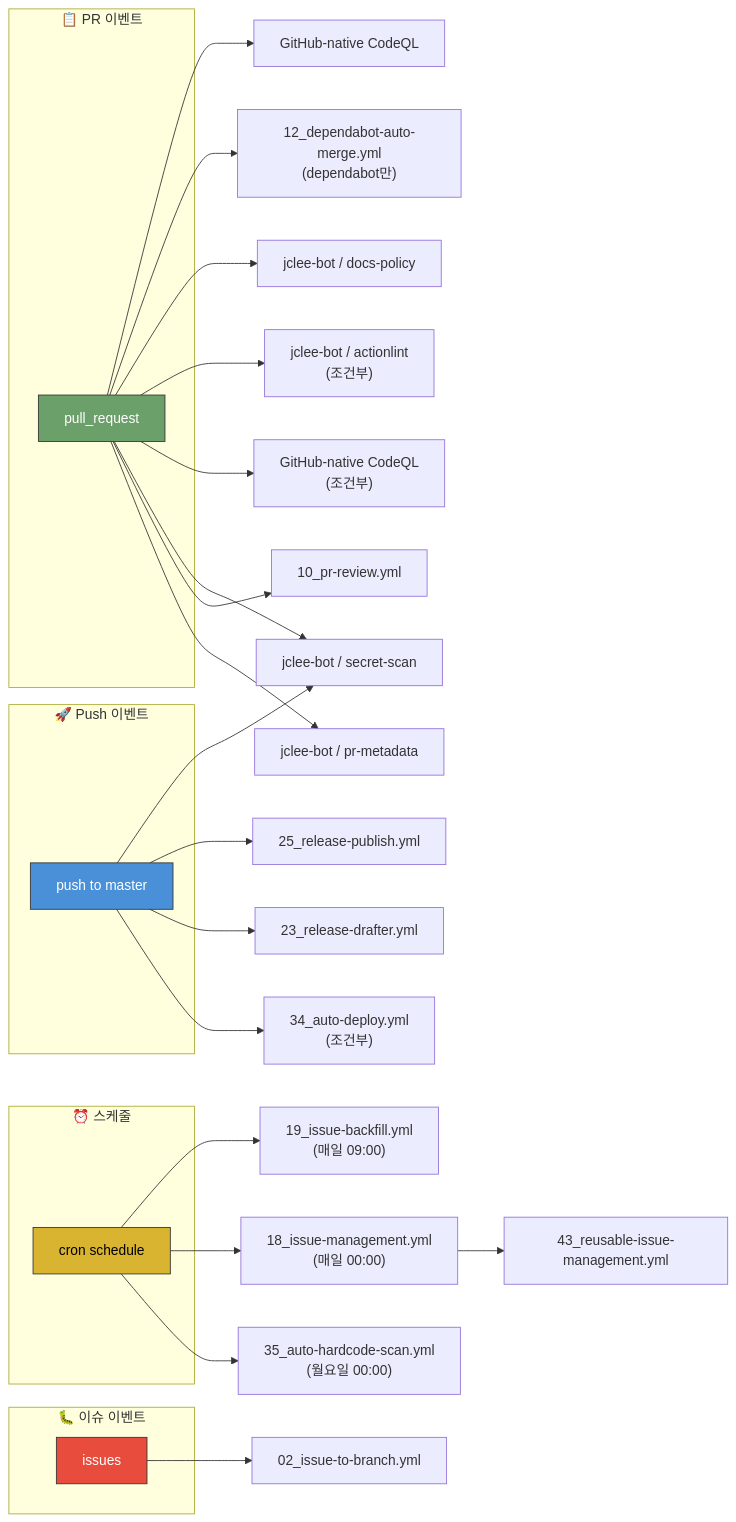
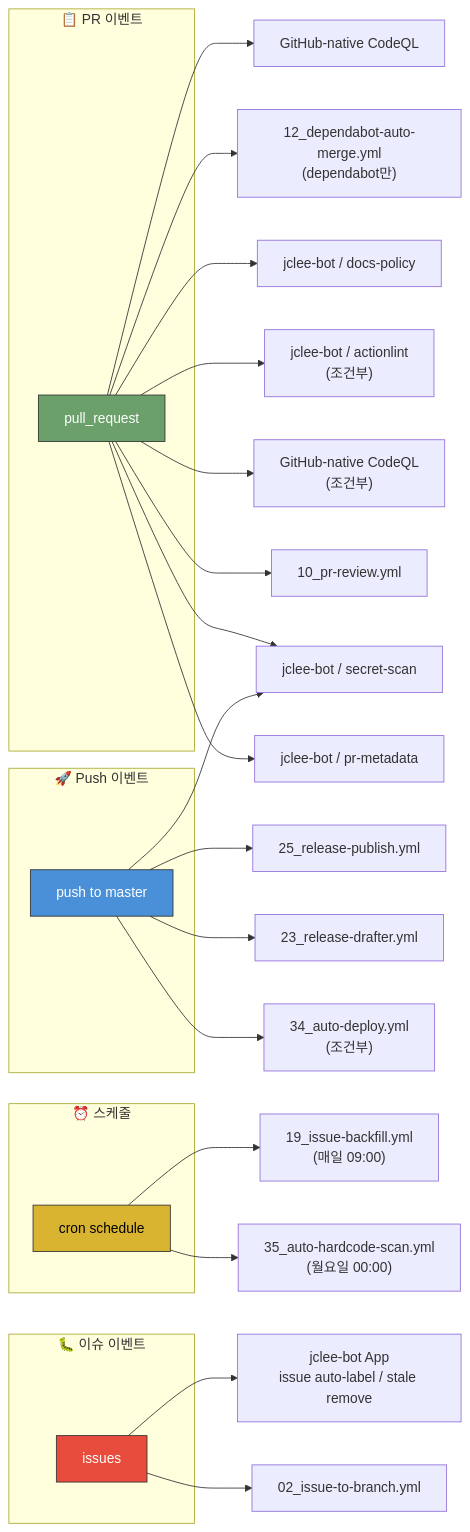
The seventh of 10 diagrams in docs/architecture.md (jclee941/.github), drawn with Mermaid before and after one commit. The commit also changed other lines of this file and 8 other files, not shown here.

Commit message:
feat(app): migrate issue management to jclee-bot

````diff
--- a/docs/architecture.md
+++ b/docs/architecture.md
@@ -307,45 +306,43 @@
 ```mermaid
 flowchart LR
     subgraph PR_Events["📋 PR 이벤트"]
         PR["pull_request"]
     end
     
     subgraph Push_Events["🚀 Push 이벤트"]
         PUSH["push to master"]
     end
     
     subgraph Schedule_Events["⏰ 스케줄"]
         CRON["cron schedule"]
     end
     
     subgraph Issue_Events["🐛 이슈 이벤트"]
         ISSUE["issues"]
     end
     
     PR --> PR_CHECK["jclee-bot / pr-metadata"]
     PR --> PR_REVIEW["10_pr-review.yml"]
     PR --> GITLEAKS["jclee-bot / secret-scan"]
     PR --> CODEQL["GitHub-native CodeQL<br/>(조건부)"]
     PR --> ACTIONLINT["jclee-bot / actionlint<br/>(조건부)"]
     PR --> DOCS["jclee-bot / docs-policy"]
     PR --> DEPENDABOT["12_dependabot-auto-merge.yml<br/>(dependabot만)"]
     
     PUSH --> AUTO_DEPLOY["34_auto-deploy.yml<br/>(조건부)"]
     PUSH --> RELEASE_D["23_release-drafter.yml"]
     PUSH --> RELEASE_P["25_release-publish.yml"]
     PUSH --> GITLEAKS
     
     CRON --> HARDSCAN["35_auto-hardcode-scan.yml<br/>(월요일 00:00)"]
-    CRON --> ISSUE_MGMT["18_issue-management.yml<br/>(매일 00:00)"]
     CRON --> ISSUE_BACK["19_issue-backfill.yml<br/>(매일 09:00)"]
     PR --> CODEQL_S["GitHub-native CodeQL"]
     
     ISSUE --> ISSUE_BRANCH["02_issue-to-branch.yml"]
-    
-    ISSUE_MGMT --> REUSABLE3["43_reusable-issue-management.yml"]
+    ISSUE --> ISSUE_MGMT["jclee-bot App<br/>issue auto-label / stale remove"]
     
     style PR fill:#6ba06a,stroke:#333,color:#fff
     style PUSH fill:#4a90d9,stroke:#333,color:#fff
     style CRON fill:#d9b430,stroke:#333,color:#000
     style ISSUE fill:#e74c3c,stroke:#333,color:#fff
 ```
````
